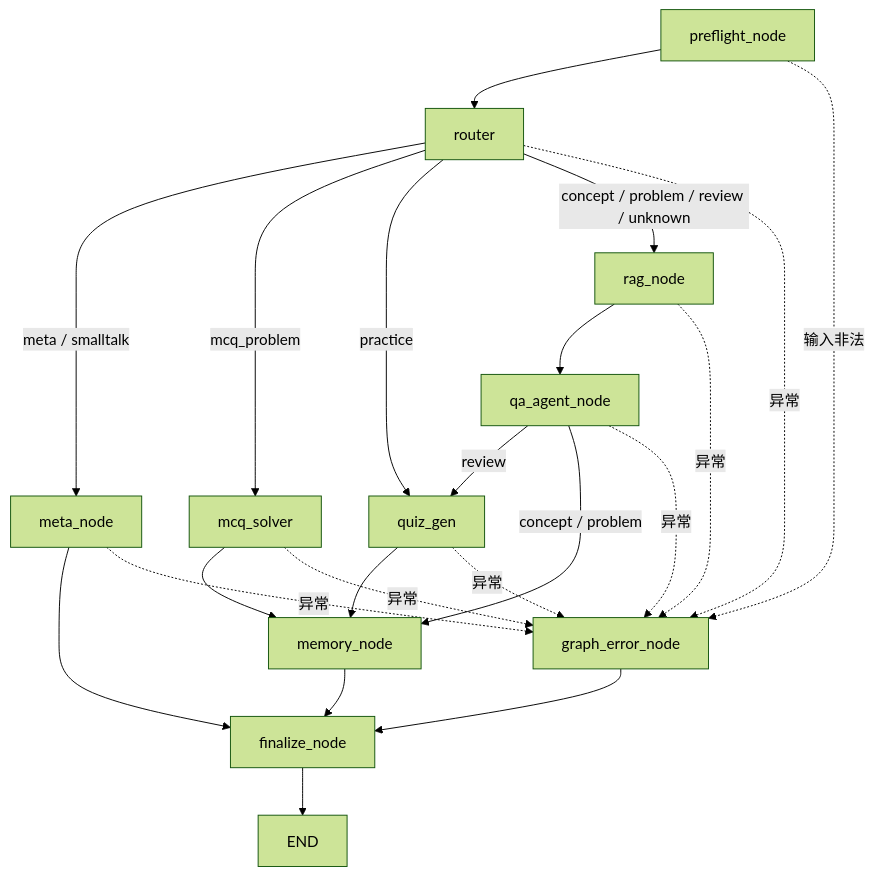
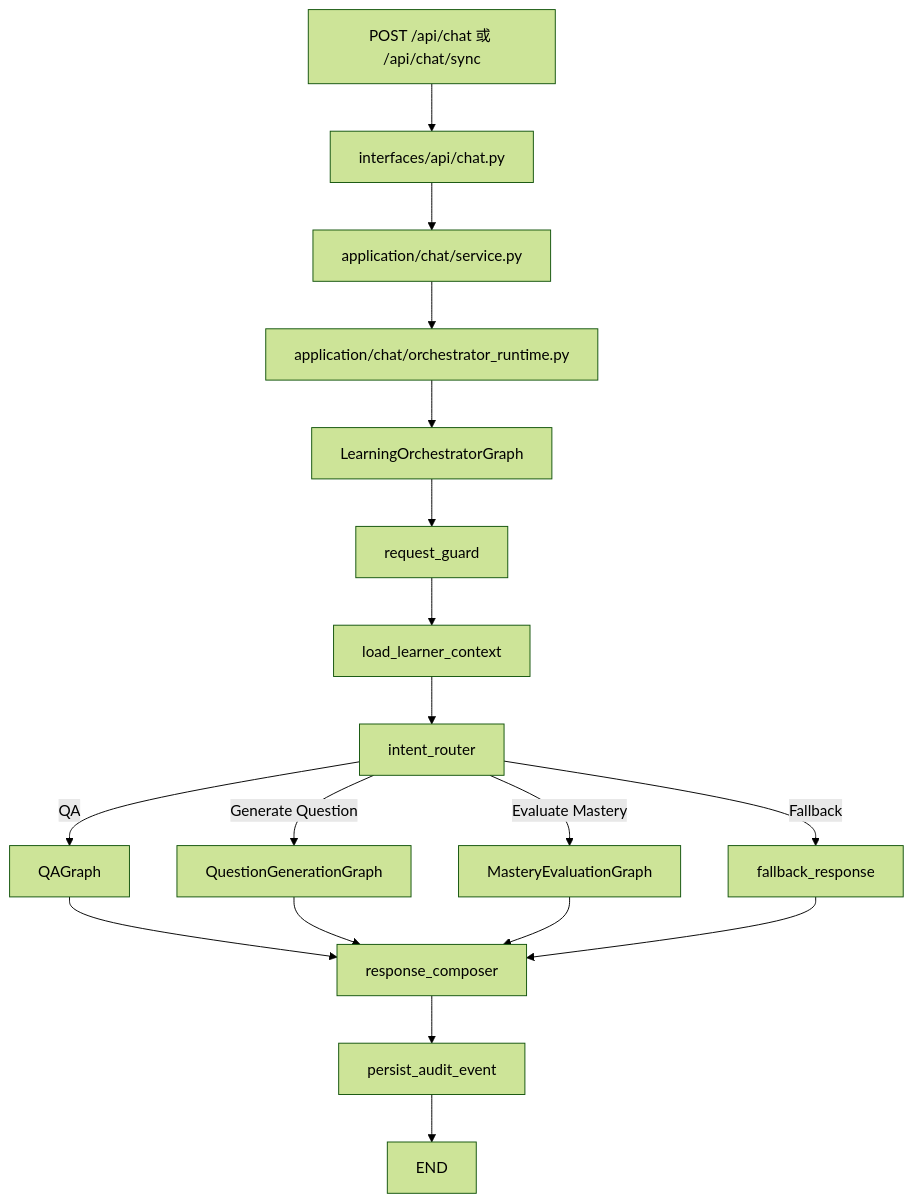
The diagram in docs/langgraph-overview.md (Xiaomuw/Learning-assistant), drawn with Mermaid (forest theme) before and after one commit. The commit also changed other lines of this file and 64 other files, not shown here.

Commit message:
chore: sync langgraph/orchestrator hardening, RAG and practice enhancements

````diff
--- a/docs/langgraph-overview.md
+++ b/docs/langgraph-overview.md
@@ -23,27 +17,20 @@
 ```mermaid
 flowchart TD
-    P["preflight_node"] --> A["router"]
-    P -.输入非法.-> X["graph_error_node"]
-
-    A -->|meta / smalltalk| B["meta_node"]
-    A -->|mcq_problem| C["mcq_solver"]
-    A -->|practice| D["quiz_gen"]
-    A -->|concept / problem / review / unknown| RAG["rag_node"]
-    RAG --> E["qa_agent_node"]
-
-    E -->|review| D
-    E -->|concept / problem| F["memory_node"]
-
-    D --> F
-    C --> F
-    B --> Z["finalize_node"]
-    F --> Z
-    A -.异常.-> X["graph_error_node"]
-    RAG -.异常.-> X
-    E -.异常.-> X
-    D -.异常.-> X
-    C -.异常.-> X
-    B -.异常.-> X
-    X --> Z
-    Z --> G["END"]
+    A["POST /api/chat 或 /api/chat/sync"] --> B["interfaces/api/chat.py"]
+    B --> C["application/chat/service.py"]
+    C --> D["application/chat/orchestrator_runtime.py"]
+    D --> O["LearningOrchestratorGraph"]
+    O --> R["request_guard"]
+    R --> L["load_learner_context"]
+    L --> I["intent_router"]
+    I -->|QA| QA["QAGraph"]
+    I -->|Generate Question| QG["QuestionGenerationGraph"]
+    I -->|Evaluate Mastery| ME["MasteryEvaluationGraph"]
+    I -->|Fallback| F["fallback_response"]
+    QA --> RC["response_composer"]
+    QG --> RC
+    ME --> RC
+    F --> RC
+    RC --> P["persist_audit_event"]
+    P --> E["END"]
 ```
````
